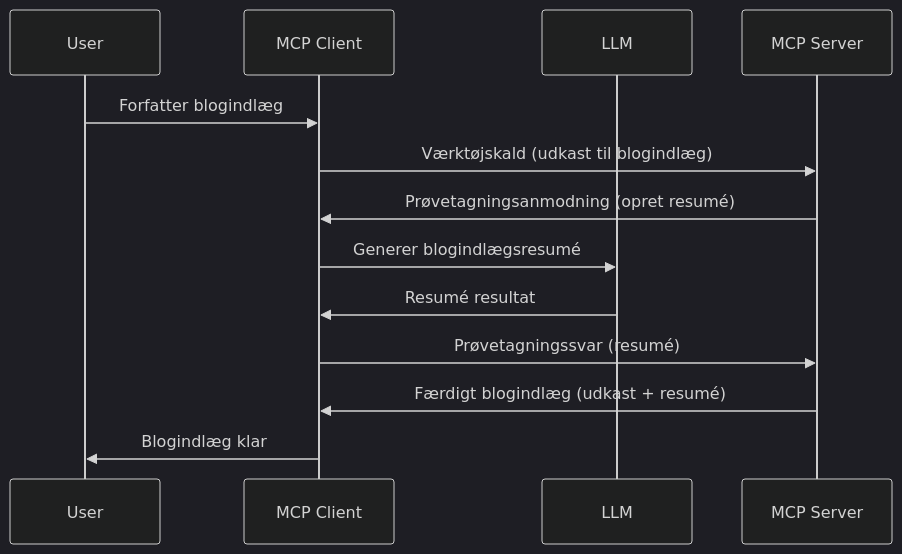
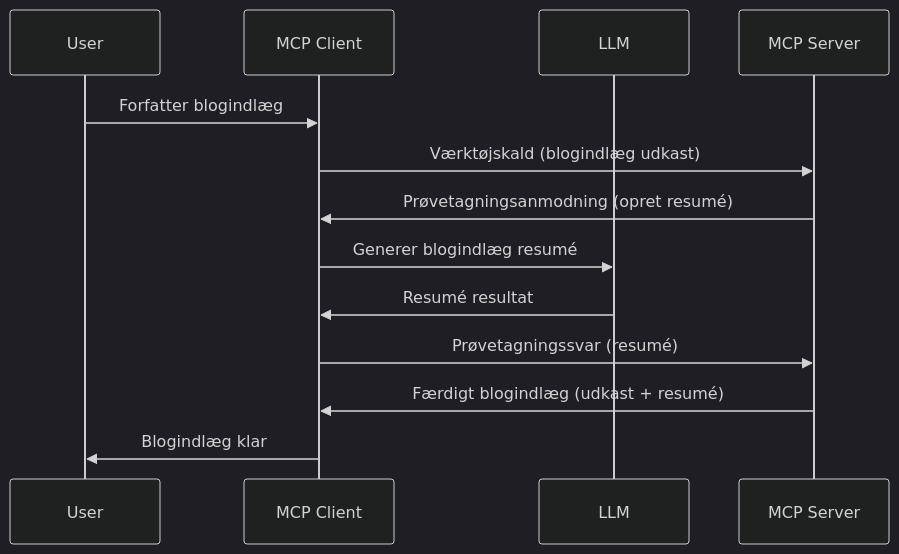
The diagram in mcp_ecosystem__model_context_protocol/mcp_learning_resources/mcp-for-beginners/translations/da/03-GettingStarted/14-sampling/README.md (HIDORAKAI002/ai-workspace-archive), drawn with Mermaid (dark theme) before and after one commit. The commit also changed other lines of this file and 1046 other files, not shown here.

````diff
--- a/mcp_ecosystem__model_context_protocol/mcp_learning_resources/mcp-for-beginners/translations/da/03-GettingStarted/14-sampling/README.md
+++ b/mcp_ecosystem__model_context_protocol/mcp_learning_resources/mcp-for-beginners/translations/da/03-GettingStarted/14-sampling/README.md
@@ -23,16 +25,16 @@
 ```mermaid
 sequenceDiagram
     participant User
     participant MCP Client
     participant LLM
     participant MCP Server
 
     User->>MCP Client: Forfatter blogindlæg
-    MCP Client->>MCP Server: Værktøjskald (udkast til blogindlæg)
+    MCP Client->>MCP Server: Værktøjskald (blogindlæg udkast)
     MCP Server->>MCP Client: Prøvetagningsanmodning (opret resumé)
-    MCP Client->>LLM: Generer blogindlægsresumé
+    MCP Client->>LLM: Generer blogindlæg resumé
     LLM->>MCP Client: Resumé resultat
     MCP Client->>MCP Server: Prøvetagningssvar (resumé)
     MCP Server->>MCP Client: Færdigt blogindlæg (udkast + resumé)
     MCP Client->>User: Blogindlæg klar
 ```
````
